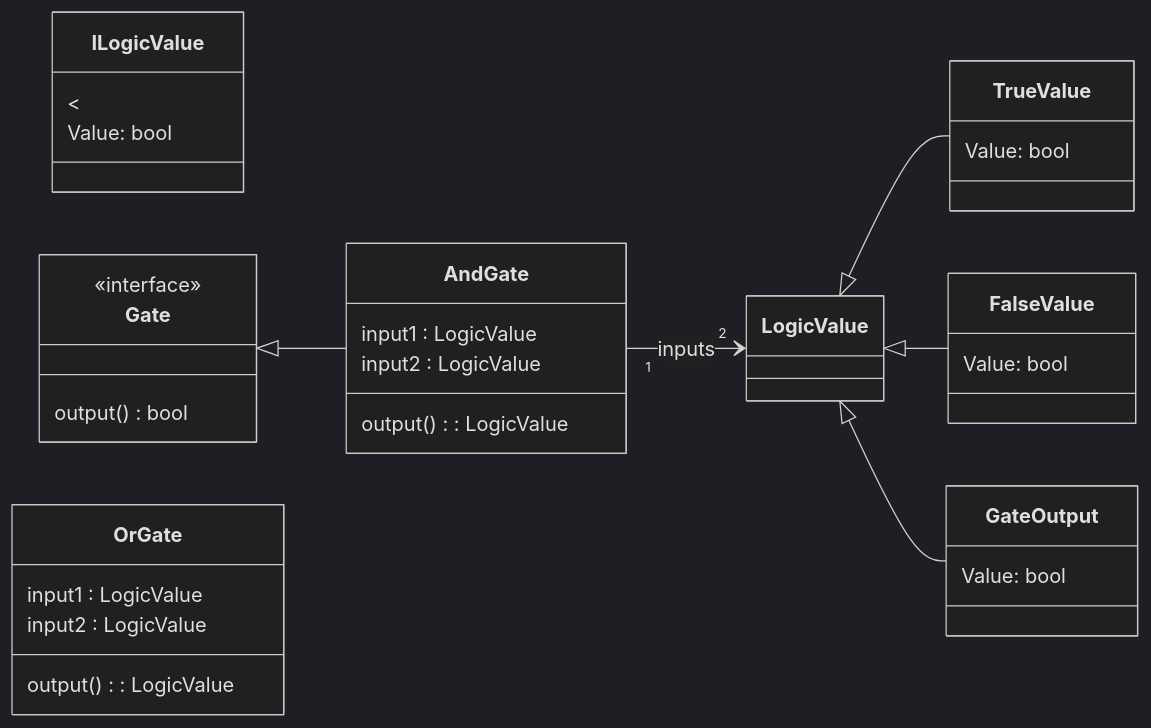
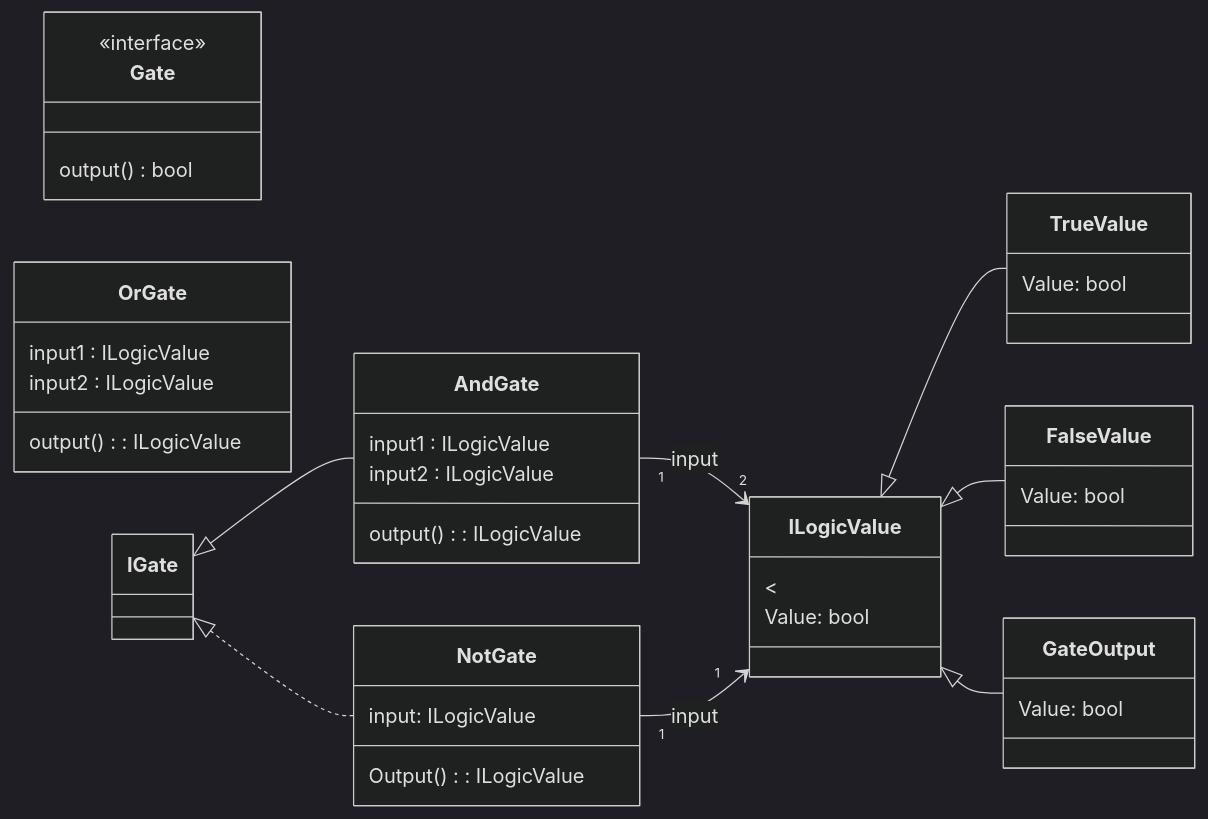
Before and after one commit to nachoocorrea/Logic-gates: the diagram in DIAGRAM.md, drawn with Mermaid (dark theme).

Commit message:
Refactor LogicValue to ILogicValue in diagram

````diff
--- a/DIAGRAM.md
+++ b/DIAGRAM.md
@@ -1,49 +1,56 @@
 ```mermaid
 classDiagram
     direction LR
 
     class ILogicValue{
         <<interface>
         Value: bool
     }
 
     class TrueValue{
         Value: bool
     }
 
     class FalseValue{
         Value: bool
     }
 
     class GateOutput{
         Value: bool
     }
     
     class Gate{
         <<interface>>
         output() bool
     }
 
     class AndGate{
-        input1 : LogicValue
-        input2 : LogicValue
-        output() : LogicValue
+        input1 : ILogicValue
+        input2 : ILogicValue
+        output() : ILogicValue
     }
 
     class OrGate{
-        input1 : LogicValue
-        input2 : LogicValue
-        output() : LogicValue
+        input1 : ILogicValue
+        input2 : ILogicValue
+        output() : ILogicValue
+    }
+
+    class NotGate {
+        input: ILogicValue
+        Output(): ILogicValue
     }
 
     %% Relaciones 
-    LogicValue <|-- TrueValue
-    LogicValue <|-- FalseValue
-    LogicValue <|-- GateOutput
+    ILogicValue <|-- TrueValue
+    ILogicValue <|-- FalseValue
+    ILogicValue <|-- GateOutput
 
     %% Implementacion de la interfaz Gate
-    Gate <|-- AndGate
+    IGate <|-- AndGate
+    IGate <|.. NotGate
 
     %% Relación de asociación: AndGate contiene/recibe instancias de LogicValue
-    AndGate "1" --> "2" LogicValue : inputs
+    AndGate "1" --> "2" ILogicValue : input
+    NotGate "1" --> "1" ILogicValue : input
 ```
````
